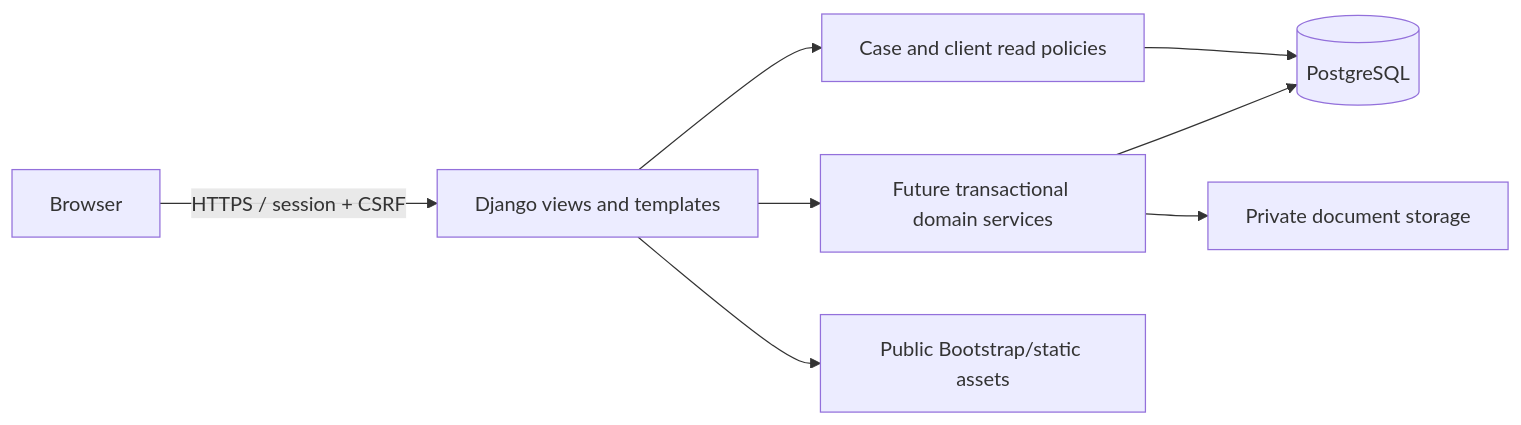
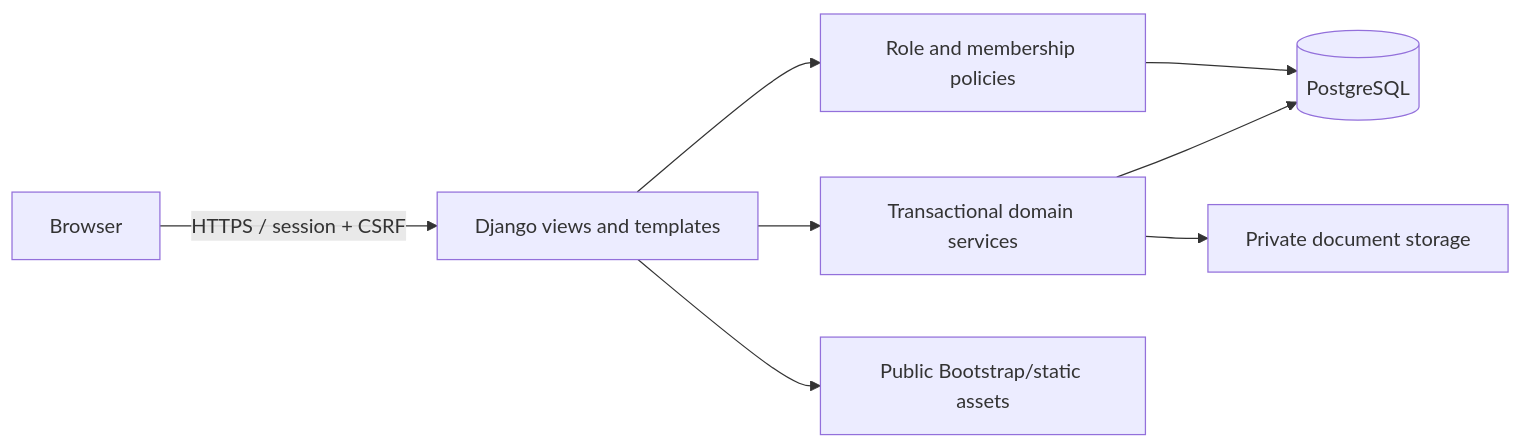
One commit to ynguyen0/cmpe-272-project changed the diagram in docs/architecture.md. Above: the diagram before and after it, drawn with Mermaid. The commit also changed other lines of this file and 19 other files, not shown here.

Commit message:
implemented role and case level perms

````diff
--- a/docs/architecture.md
+++ b/docs/architecture.md
@@ -33,10 +32,10 @@
 ```mermaid
 flowchart LR
     Browser -->|HTTPS / session + CSRF| Django[Django views and templates]
-    Django --> Policy[Case and client read policies]
+    Django --> Policy[Role and membership policies]
     Policy --> DB[(PostgreSQL)]
-    Django --> Services[Future transactional domain services]
+    Django --> Services[Transactional domain services]
     Services --> DB
     Services --> Files[Private document storage]
     Django --> Static[Public Bootstrap/static assets]
 ```
````
